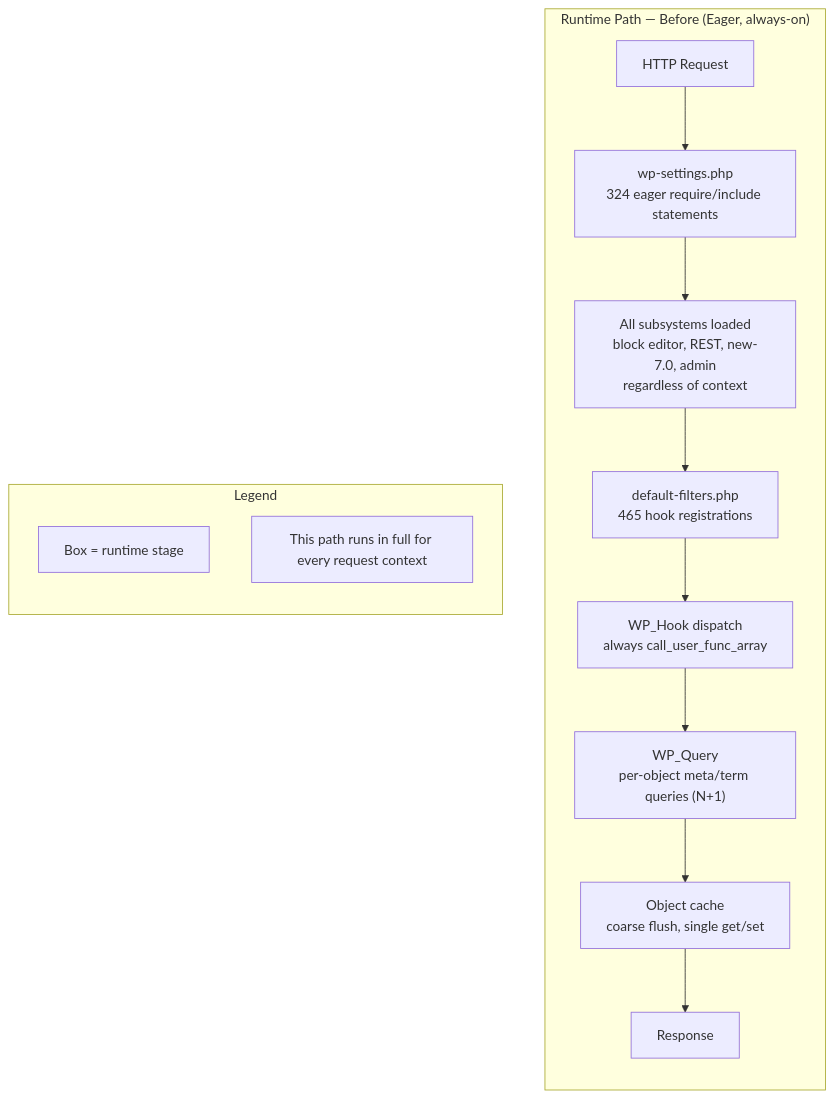
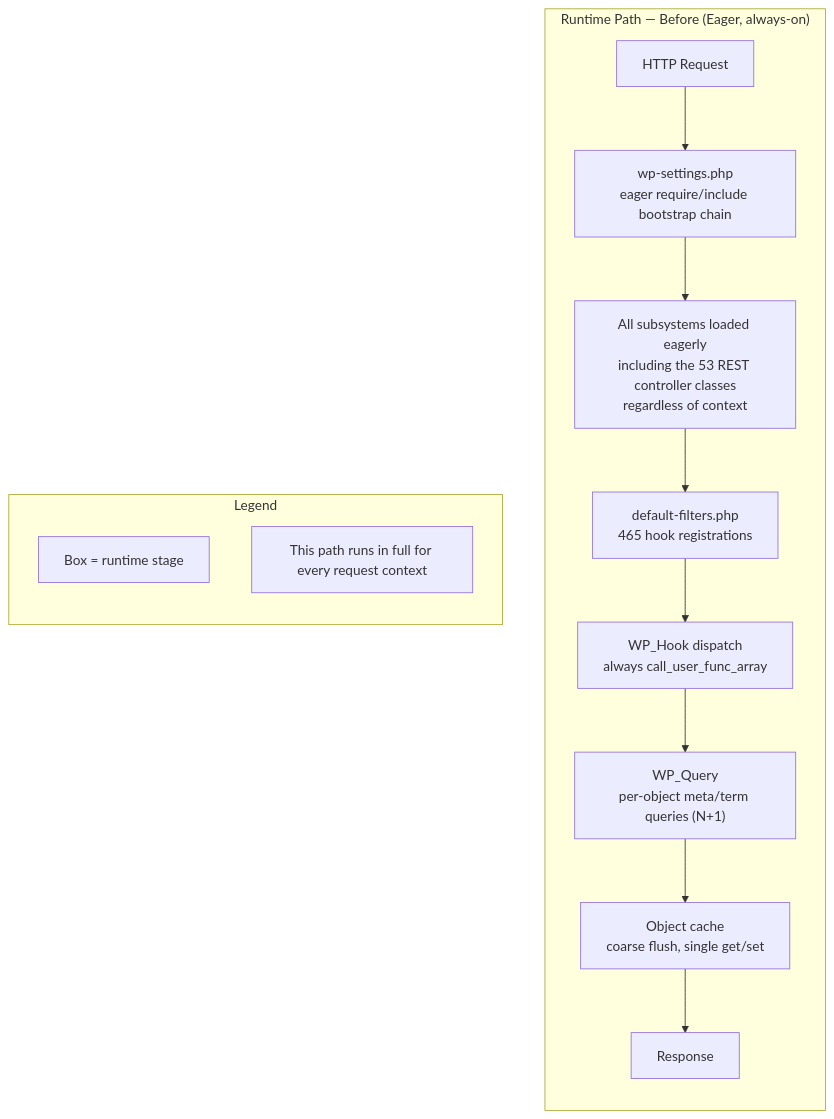
Before and after one commit to Blitzy-Sandbox/blitzy-wordpress: the third of 5 diagrams in benchmarks/results/performance-dashboard.md, drawn with Mermaid. The commit also changed other lines of this file and 10 other files, not shown here.

````diff
--- a/benchmarks/results/performance-dashboard.md
+++ b/benchmarks/results/performance-dashboard.md
@@ -173,18 +173,18 @@
 ```mermaid
 flowchart TD
     subgraph BEFORE["Runtime Path — Before (Eager, always-on)"]
         direction TB
-        A["HTTP Request"] --> B["wp-settings.php<br/>324 eager require/include statements"]
-        B --> C["All subsystems loaded<br/>block editor, REST, new-7.0, admin<br/>regardless of context"]
+        A["HTTP Request"] --> B["wp-settings.php<br/>eager require/include bootstrap chain"]
+        B --> C["All subsystems loaded eagerly<br/>including the 53 REST controller classes<br/>regardless of context"]
         C --> D["default-filters.php<br/>465 hook registrations"]
         D --> E["WP_Hook dispatch<br/>always call_user_func_array"]
         E --> F["WP_Query<br/>per-object meta/term queries (N+1)"]
         F --> G["Object cache<br/>coarse flush, single get/set"]
         G --> H["Response"]
     end
     subgraph LEGB["Legend"]
         direction TB
         LB1["Box = runtime stage"]
         LB2["This path runs in full for every request context"]
     end
 ```
````
